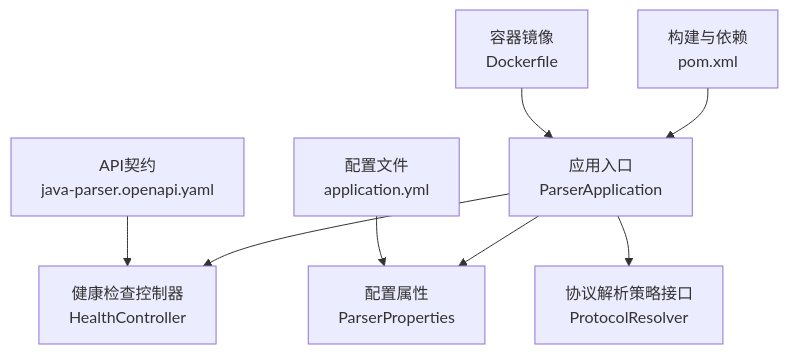
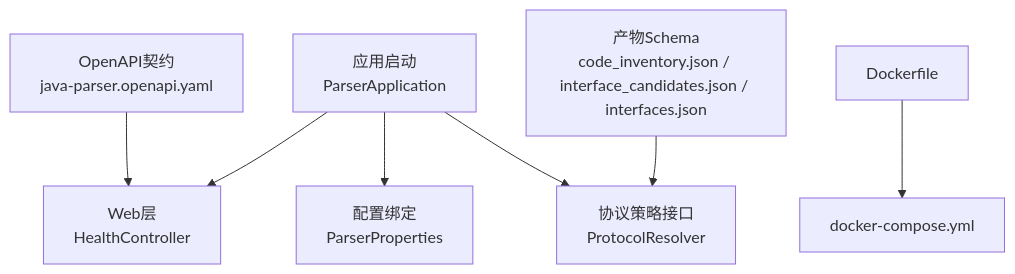
Before and after one commit to Joeyzheng001/LLM-AutoTest: the first of 7 diagrams in .qoder/repowiki/zh/content/核心服务/Java解析器服务.md, drawn with Mermaid. The commit also changed other lines of this file and 186 other files, not shown here.

````diff
--- a/.qoder/repowiki/zh/content/核心服务/Java解析器服务.md
+++ b/.qoder/repowiki/zh/content/核心服务/Java解析器服务.md
@@ -36,10 +52,9 @@
 ```mermaid
 graph TB
-A["应用入口<br/>ParserApplication"] --> B["健康检查控制器<br/>HealthController"]
-A --> C["配置属性<br/>ParserProperties"]
-A --> D["协议解析策略接口<br/>ProtocolResolver"]
-E["配置文件<br/>application.yml"] --> C
-F["构建与依赖<br/>pom.xml"] --> A
-G["容器镜像<br/>Dockerfile"] --> A
-H["API契约<br/>java-parser.openapi.yaml"] --> B
+A["应用启动<br/>ParserApplication"] --> B["Web层<br/>HealthController"]
+A --> C["配置绑定<br/>ParserProperties"]
+A --> D["协议策略接口<br/>ProtocolResolver"]
+E["OpenAPI契约<br/>java-parser.openapi.yaml"] --> B
+F["产物Schema<br/>code_inventory.json / interface_candidates.json / interfaces.json"] --> D
+G["Dockerfile"] --> H["docker-compose.yml"]
 ```
````
